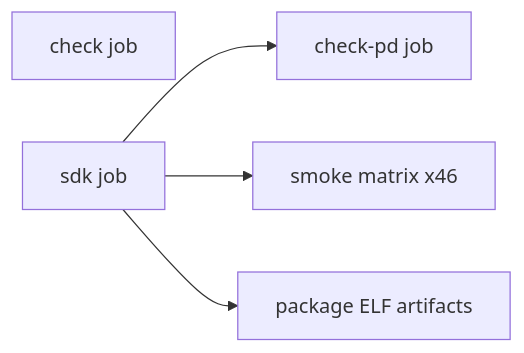
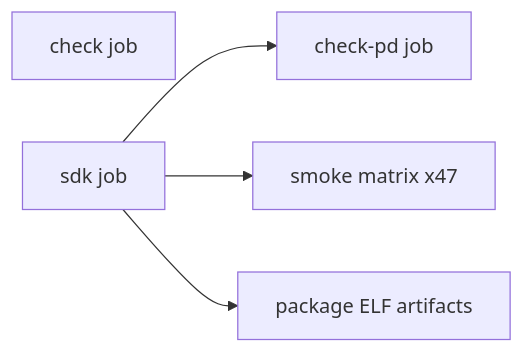
The diagram in docs/ci.md (julerex/lerux), drawn with Mermaid before and after one commit. The commit also changed other lines of this file and 41 other files, not shown here.

````diff
--- a/docs/ci.md
+++ b/docs/ci.md
@@ -13,11 +13,11 @@
 ```mermaid
 flowchart LR
   check[check job]
   sdk[sdk job]
   checkPd[check-pd job]
-  smoke[smoke matrix x46]
+  smoke[smoke matrix x47]
   package[package ELF artifacts]
   sdk --> checkPd
   sdk --> smoke
   sdk --> package
 ```
````
